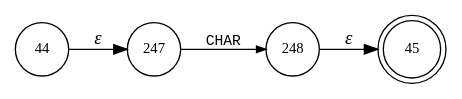
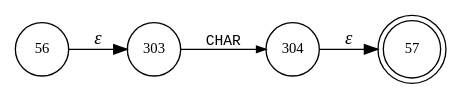
Before and after one commit to gar13177/Scanner: the diagram in build/classes/grammar/ANTLR/decaf.char_literal.dot, drawn with Graphviz. The commit also changed 226 other files, not shown here.

```diff
--- a/build/classes/grammar/ANTLR/decaf.char_literal.dot
+++ b/build/classes/grammar/ANTLR/decaf.char_literal.dot
@@ -1,10 +1,10 @@
 digraph ATN {
 rankdir=LR;
-s45[fontsize=11, label="45", shape=doublecircle, fixedsize=true, width=.6];
-s247[fontsize=11,label="247", shape=circle, fixedsize=true, width=.55, peripheries=1];
-s248[fontsize=11,label="248", shape=circle, fixedsize=true, width=.55, peripheries=1];
-s44[fontsize=11,label="44", shape=circle, fixedsize=true, width=.55, peripheries=1];
-s44 -> s247 [fontname="Times-Italic", label="&epsilon;"];
-s247 -> s248 [fontsize=11, fontname="Courier", arrowsize=.7, label = "CHAR", arrowhead = normal];
-s248 -> s45 [fontname="Times-Italic", label="&epsilon;"];
+s57[fontsize=11, label="57", shape=doublecircle, fixedsize=true, width=.6];
+s304[fontsize=11,label="304", shape=circle, fixedsize=true, width=.55, peripheries=1];
+s56[fontsize=11,label="56", shape=circle, fixedsize=true, width=.55, peripheries=1];
+s303[fontsize=11,label="303", shape=circle, fixedsize=true, width=.55, peripheries=1];
+s56 -> s303 [fontname="Times-Italic", label="&epsilon;"];
+s303 -> s304 [fontsize=11, fontname="Courier", arrowsize=.7, label = "CHAR", arrowhead = normal];
+s304 -> s57 [fontname="Times-Italic", label="&epsilon;"];
 }
```
